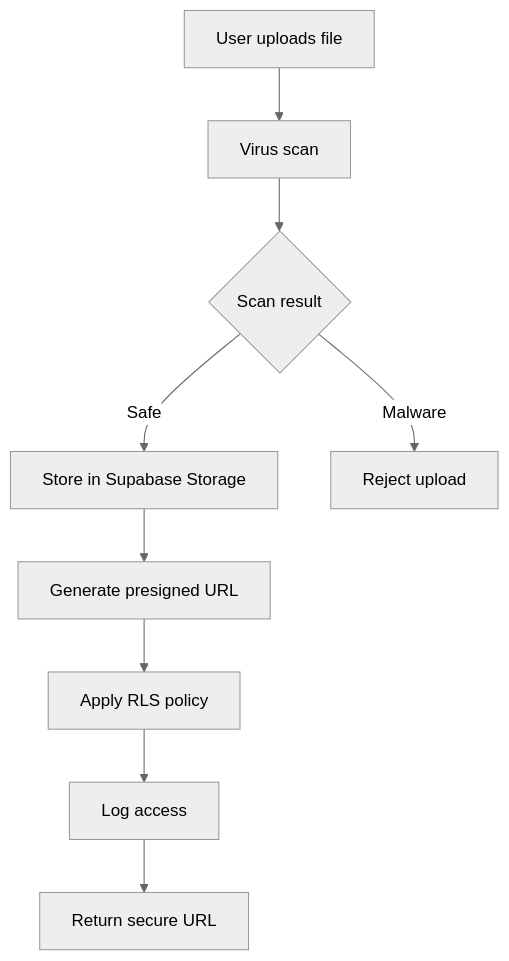
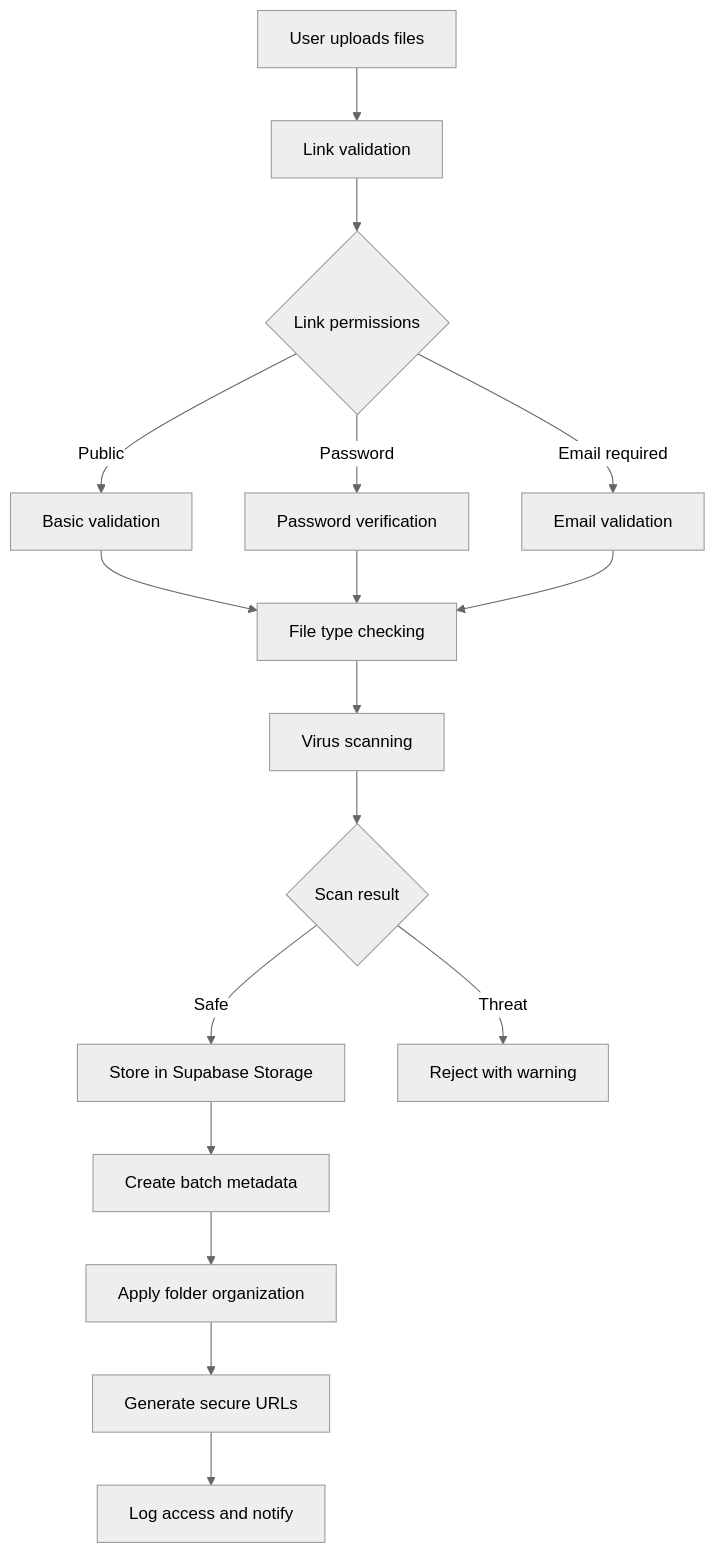
One commit to FoldlyDev/foldly changed the second of 2 diagrams in docs/ARCHITECTURE.md. Above: the diagram before and after it, drawn with Mermaid (neutral theme). The commit also changed other lines of this file and 36 other files, not shown here.

````diff
--- a/docs/ARCHITECTURE.md
+++ b/docs/ARCHITECTURE.md
@@ -174,11 +155,19 @@
 ```mermaid
 flowchart TD
-    A[User uploads file] --> B[Virus scan]
-    B --> C{Scan result}
-    C -->|Safe| D[Store in Supabase Storage]
-    C -->|Malware| E[Reject upload]
-    D --> F[Generate presigned URL]
-    F --> G[Apply RLS policy]
-    G --> H[Log access]
-    H --> I[Return secure URL]
+    A[User uploads files] --> B[Link validation]
+    B --> C{Link permissions}
+    C -->|Public| D[Basic validation]
+    C -->|Password| E[Password verification]
+    C -->|Email required| F[Email validation]
+    D --> G[File type checking]
+    E --> G
+    F --> G
+    G --> H[Virus scanning]
+    H --> I{Scan result}
+    I -->|Safe| J[Store in Supabase Storage]
+    I -->|Threat| K[Reject with warning]
+    J --> L[Create batch metadata]
+    L --> M[Apply folder organization]
+    M --> N[Generate secure URLs]
+    N --> O[Log access and notify]
 ```
````
